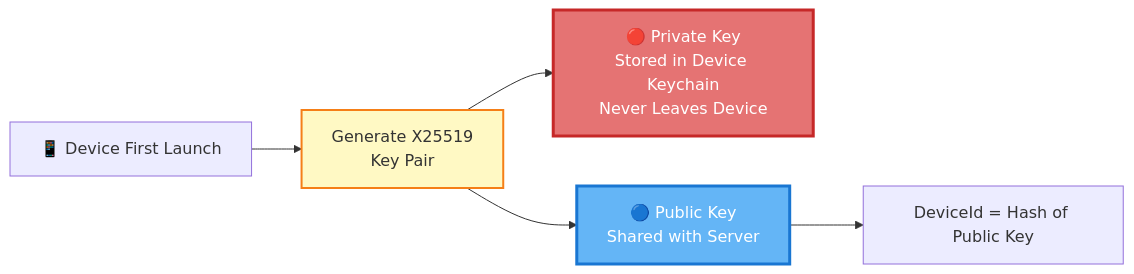
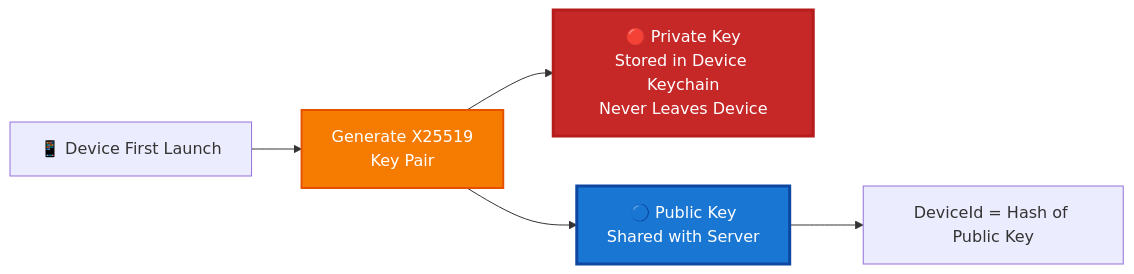
One commit to meta-secret/meta-secret-core changed the second of 9 diagrams in docs/meta-secret-technical-presentation.md. Above: the diagram before and after it, drawn with Mermaid. The commit also changed other lines of this file, not shown here.

````diff
--- a/docs/meta-secret-technical-presentation.md
+++ b/docs/meta-secret-technical-presentation.md
@@ -339,13 +339,13 @@
 ```mermaid
 flowchart LR
     DEVICE[📱 Device First Launch] --> KEYGEN[Generate X25519<br/>Key Pair]
     
     KEYGEN --> PRIVATE[🔴 Private Key<br/>Stored in Device Keychain<br/>Never Leaves Device]
     KEYGEN --> PUBLIC[🔵 Public Key<br/>Shared with Server]
     
     PUBLIC --> DEVID[DeviceId = Hash of Public Key]
     
-    style PRIVATE fill:#e57373,color:#fff,stroke:#c62828,stroke-width:3px
-    style PUBLIC fill:#64b5f6,color:#fff,stroke:#1976d2,stroke-width:3px
-    style KEYGEN fill:#fff9c4,stroke:#f57f17,stroke-width:2px
+    style PRIVATE fill:#c62828,color:#fff,stroke:#b71c1c,stroke-width:3px
+    style PUBLIC fill:#1976d2,color:#fff,stroke:#0d47a1,stroke-width:3px
+    style KEYGEN fill:#f57c00,color:#fff,stroke:#e65100,stroke-width:2px
 ```
````
